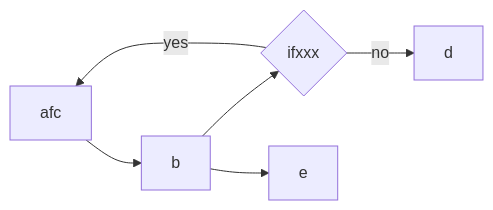
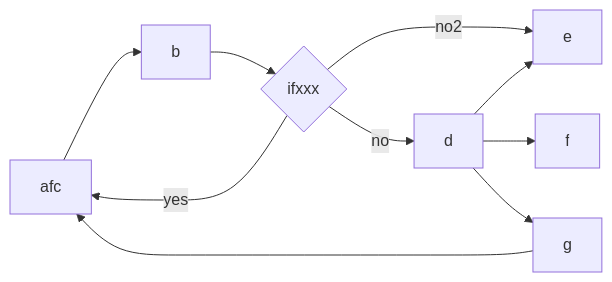
Before and after one commit to norven63/MyObsidian: the first of 3 diagrams in 13沉淀笔记/MarkDown流程图示例.md, drawn with Mermaid.

Commit message:
auto commit

````diff
--- a/13沉淀笔记/MarkDown流程图示例.md
+++ b/13沉淀笔记/MarkDown流程图示例.md
@@ -9,8 +9,12 @@
 ```mermaid
 flowchart LR
 	a[afc]-->b
 	b-->c{ifxxx}
 	c-->|yes|a
 	c-->|no|d
-	b-->e
+	c-->|no2|e
+	d-->e
+	d-->f
+	d-->g
+	g-->a
 ```
````
